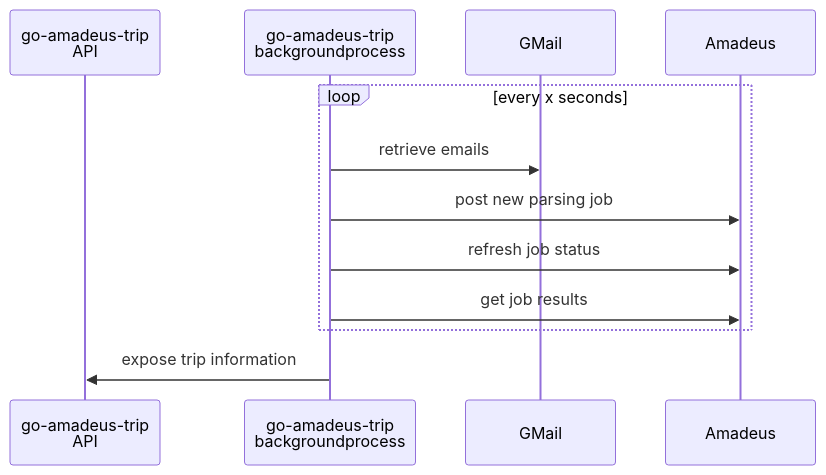
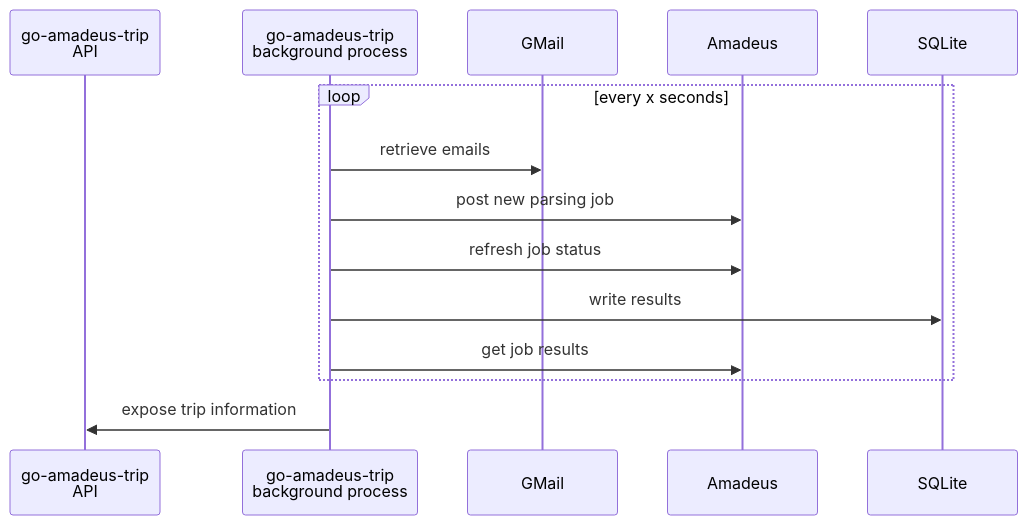
Before and after one commit to esys/go-amadeus-trip: the diagram in doc/flowchart.mermaid, drawn with Mermaid. The commit also changed other lines of this file and 3 other files, not shown here.

```diff
--- a/doc/flowchart.mermaid
+++ b/doc/flowchart.mermaid
@@ -1,12 +1,14 @@
 sequenceDiagram
-    participant GA as go-amadeus-trip<br>API
-    participant BG as go-amadeus-trip<br>backgroundprocess
-    participant M as GMail
-    participant A as Amadeus
-    loop every x seconds
+  participant GA as go-amadeus-trip<br>API
+  participant BG as go-amadeus-trip<br>background process
+  participant M as GMail
+  participant A as Amadeus
+  participant D as SQLite
+  loop every x seconds
     BG ->> M: retrieve emails
     BG ->> A: post new parsing job
     BG ->> A: refresh job status
+    BG ->> D: write results
     BG ->> A: get job results
-    end
-    BG ->> GA: expose trip information
+  end
+  BG ->> GA: expose trip information
```
